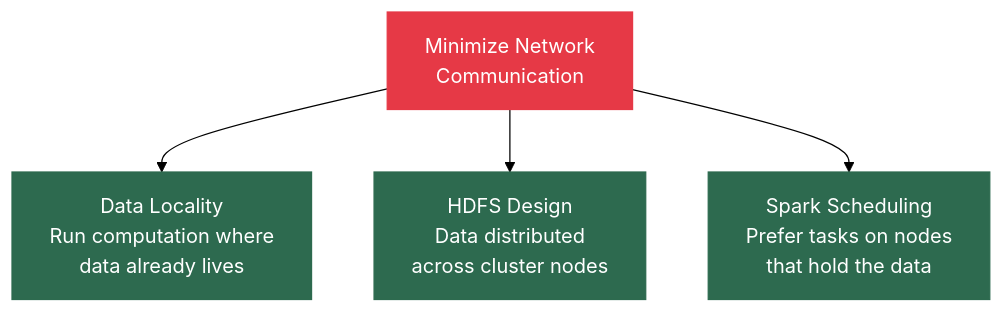
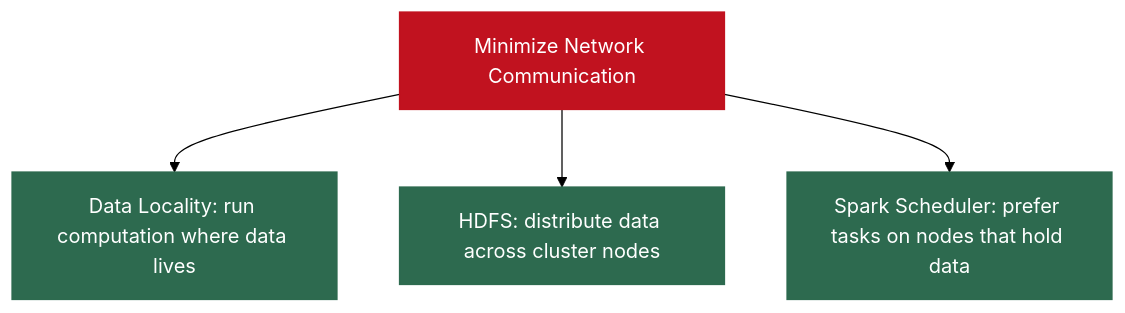
Before and after one commit to MuhammadTahaNasir/Big-Data-Analytics-Notes: diagram 11 of 14 in Week1/Lecture2_Hardware_Moores_Amdahls.md, drawn with Mermaid (forest theme). The commit also changed other lines of this file, not shown here.

````diff
--- a/Week1/Lecture2_Hardware_Moores_Amdahls.md
+++ b/Week1/Lecture2_Hardware_Moores_Amdahls.md
@@ -348,11 +340,11 @@
 ```mermaid
 flowchart TD
-    GOAL["Minimize Network\nCommunication"] --> DL["Data Locality\nRun computation where\ndata already lives"]
-    GOAL --> HDFS["HDFS Design\nData distributed\nacross cluster nodes"]
-    GOAL --> SP["Spark Scheduling\nPrefer tasks on nodes\nthat hold the data"]
+    GOAL[Minimize Network Communication] --> DL[Data Locality: run computation where data lives]
+    GOAL --> HDFS[HDFS: distribute data across cluster nodes]
+    GOAL --> SP[Spark Scheduler: prefer tasks on nodes that hold data]
 
-    style GOAL fill:#e63946,color:#fff,stroke:#e63946
+    style GOAL fill:#c1121f,color:#fff,stroke:#c1121f
     style DL fill:#2d6a4f,color:#fff,stroke:#2d6a4f
     style HDFS fill:#2d6a4f,color:#fff,stroke:#2d6a4f
     style SP fill:#2d6a4f,color:#fff,stroke:#2d6a4f
 ```
````
